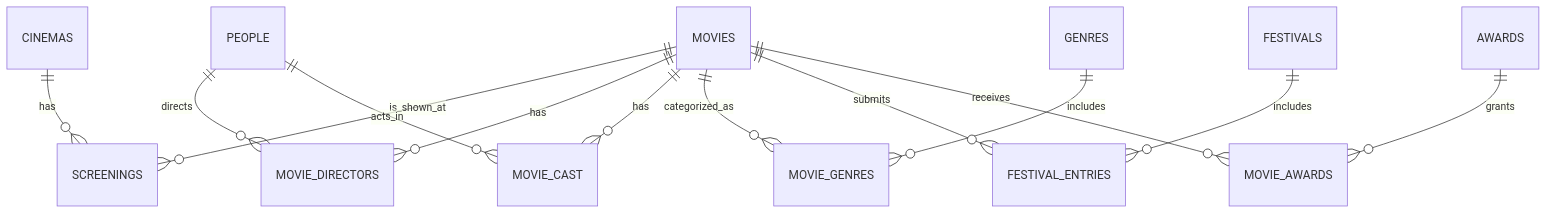
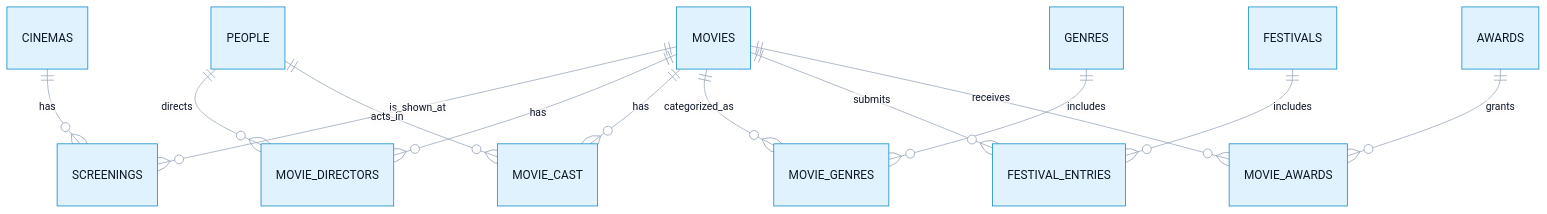
The diagram in docs/tables.md (paolo-notaro/naturalQL), drawn with Mermaid before and after one commit. The commit also changed other lines of this file and 3 other files, not shown here.

````diff
--- a/docs/tables.md
+++ b/docs/tables.md
@@ -1,33 +15,31 @@
 ```mermaid
 %%{init: {
   "theme": "base",
   "themeVariables": {
     "fontFamily": "Inter,Segoe UI,Arial,Helvetica,sans-serif",
     "primaryColor": "#E0F2FE",
     "primaryBorderColor": "#0284C7",
     "primaryTextColor": "#0F172A",
     "lineColor": "#94A3B8",
-
-    /* ER-specific tweaks (Mermaid will ignore unknown keys gracefully) */
     "erTableBackgroundColor": "#F8FAFC",
     "erTableBorderColor": "#334155",
     "erTableHeaderBackgroundColor": "#E0F2FE",
     "erTableHeaderColor": "#0C4A6E",
     "erAttributeBackgroundColor": "#FFFFFF",
     "erAttributeColor": "#0F172A"
   }
 }}%%
 erDiagram
   CINEMAS ||--o{ SCREENINGS : has
   MOVIES  ||--o{ SCREENINGS : is_shown_at
   MOVIES  ||--o{ MOVIE_DIRECTORS : has
   PEOPLE  ||--o{ MOVIE_DIRECTORS : directs
   MOVIES  ||--o{ MOVIE_CAST : has
   PEOPLE  ||--o{ MOVIE_CAST : acts_in
   MOVIES  ||--o{ MOVIE_GENRES : categorized_as
   GENRES  ||--o{ MOVIE_GENRES : includes
   FESTIVALS ||--o{ FESTIVAL_ENTRIES : includes
   MOVIES  ||--o{ FESTIVAL_ENTRIES : submits
   AWARDS  ||--o{ MOVIE_AWARDS : grants
   MOVIES  ||--o{ MOVIE_AWARDS : receives
 ```
````
